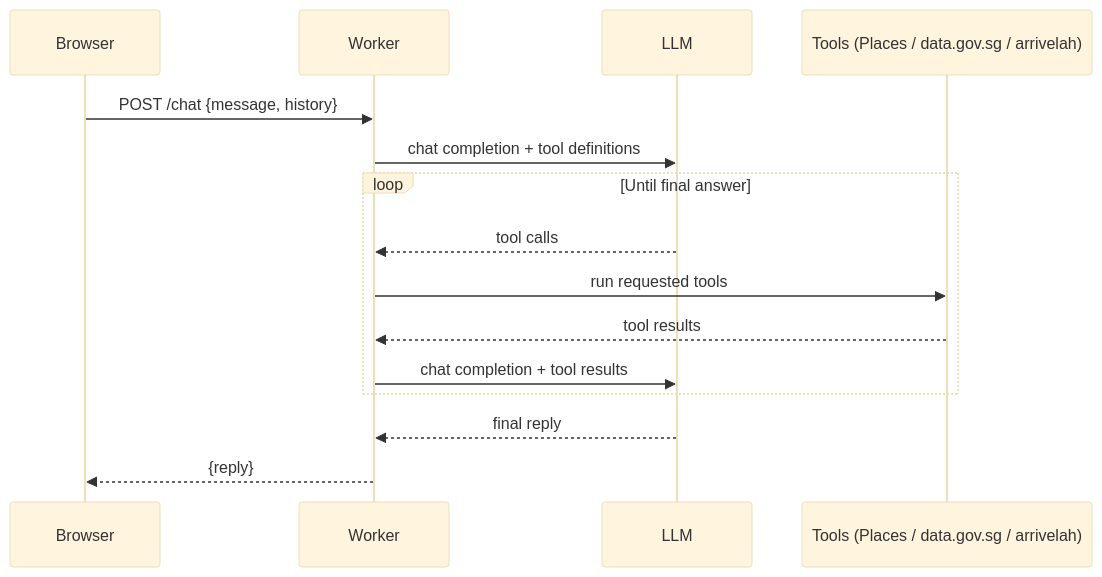
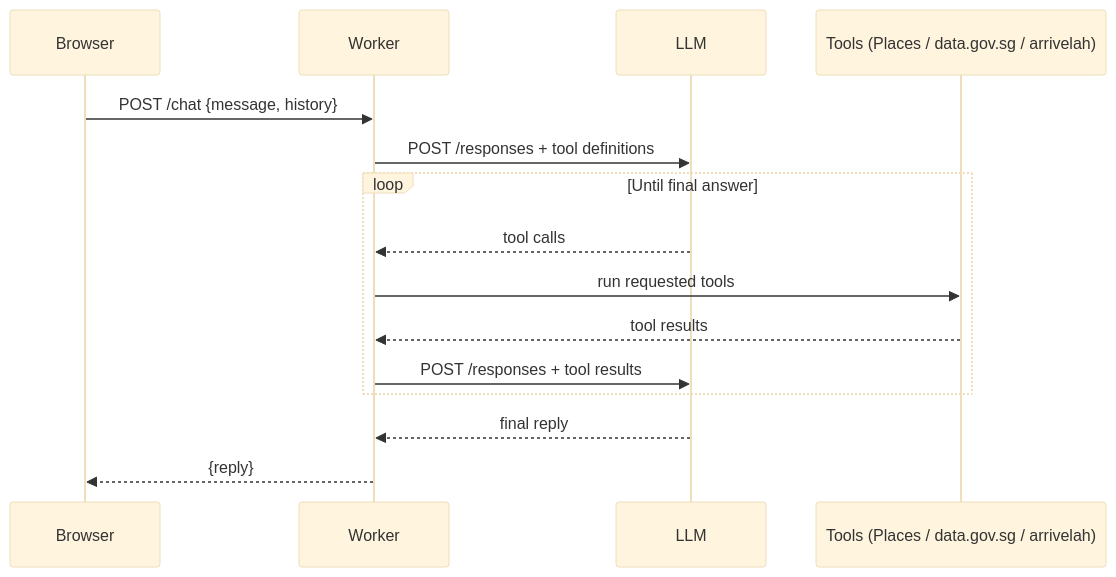
One commit to WeeJC8954/lunch-uncle changed the diagram in README.md. Above: the diagram before and after it, drawn with Mermaid (base theme). The commit also changed other lines of this file and 1 other file, not shown here.

````diff
--- a/README.md
+++ b/README.md
@@ -11,18 +11,18 @@
 ```mermaid
 sequenceDiagram
     participant Browser
     participant Worker
     participant LLM
     participant Tools as Tools (Places / data.gov.sg / arrivelah)
 
     Browser->>Worker: POST /chat {message, history}
-    Worker->>LLM: chat completion + tool definitions
+    Worker->>LLM: POST /responses + tool definitions
     loop Until final answer
         LLM-->>Worker: tool calls
         Worker->>Tools: run requested tools
         Tools-->>Worker: tool results
-        Worker->>LLM: chat completion + tool results
+        Worker->>LLM: POST /responses + tool results
     end
     LLM-->>Worker: final reply
     Worker-->>Browser: {reply}
 ```
````
